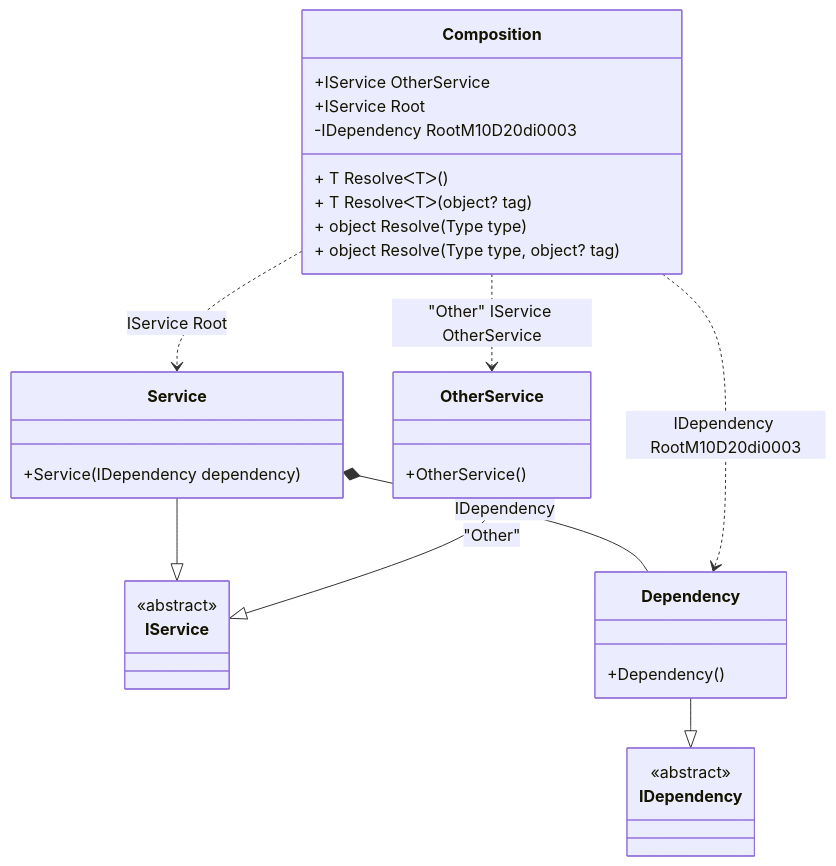
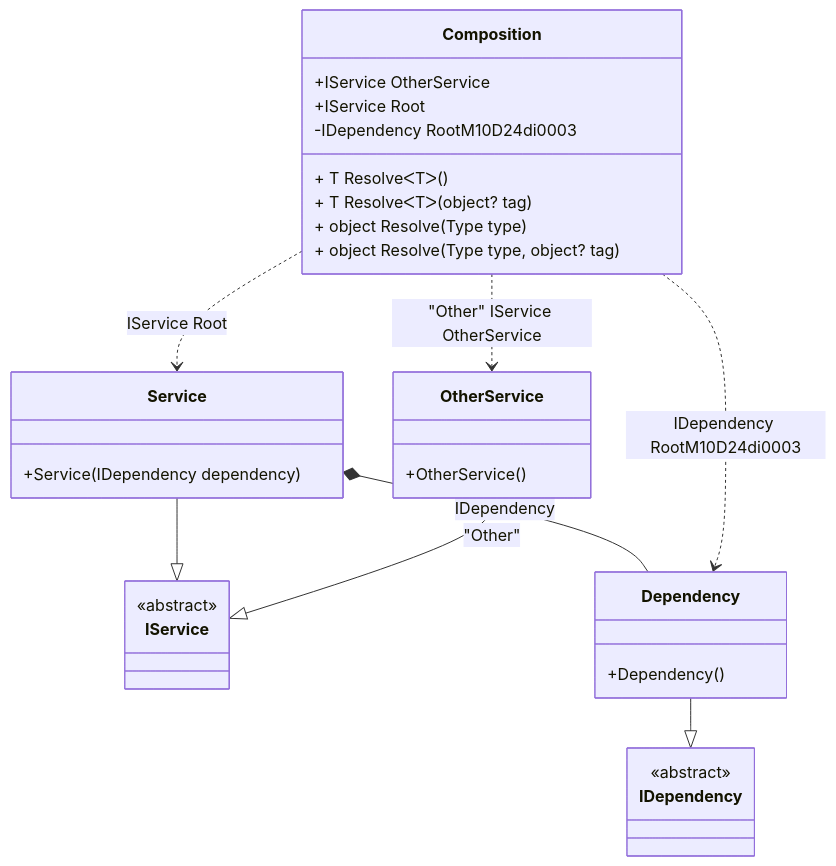
Before and after one commit to DevTeam/Pure.DI: the diagram in readme/composition-roots.md, drawn with Mermaid. The commit also changed other lines of this file and 69 other files, not shown here.

````diff
--- a/readme/composition-roots.md
+++ b/readme/composition-roots.md
@@ -45,34 +45,34 @@
 ```mermaid
 classDiagram
   class Composition {
     +IService OtherService
     +IService Root
-    -IDependency RootM10D20di0003
+    -IDependency RootM10D24di0003
     + T ResolveᐸTᐳ()
     + T ResolveᐸTᐳ(object? tag)
     + object Resolve(Type type)
     + object Resolve(Type type, object? tag)
   }
   Service --|> IService : 
   class Service {
     +Service(IDependency dependency)
   }
   OtherService --|> IService : "Other" 
   class OtherService {
     +OtherService()
   }
   Dependency --|> IDependency : 
   class Dependency {
     +Dependency()
   }
   class IService {
     <<abstract>>
   }
   class IDependency {
     <<abstract>>
   }
   Service *--  Dependency : IDependency
   Composition ..> Service : IService Root
   Composition ..> OtherService : "Other" IService OtherService
-  Composition ..> Dependency : IDependency RootM10D20di0003
+  Composition ..> Dependency : IDependency RootM10D24di0003
 ```
````
